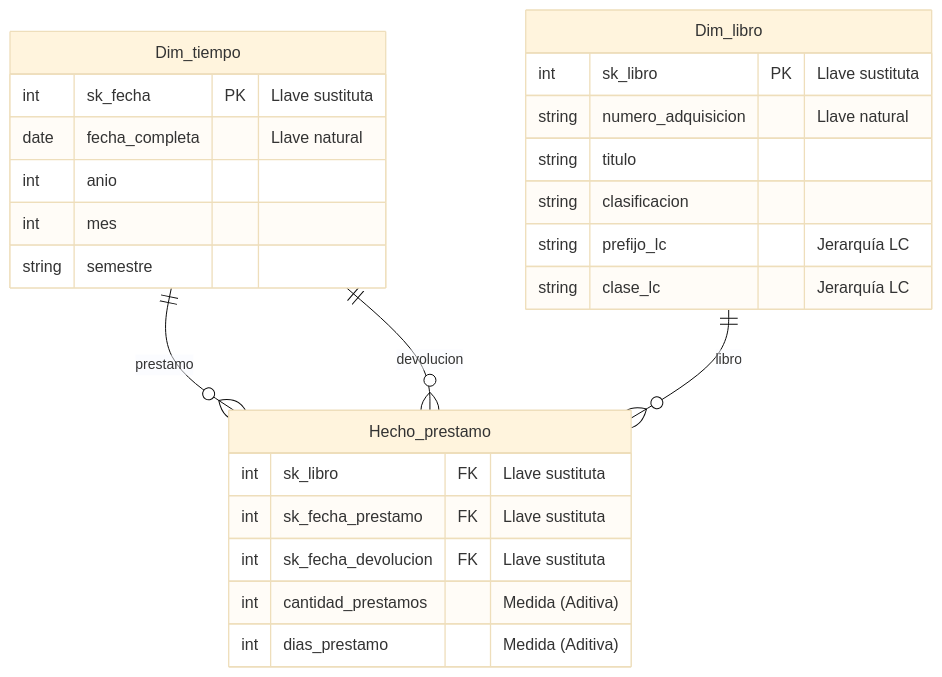
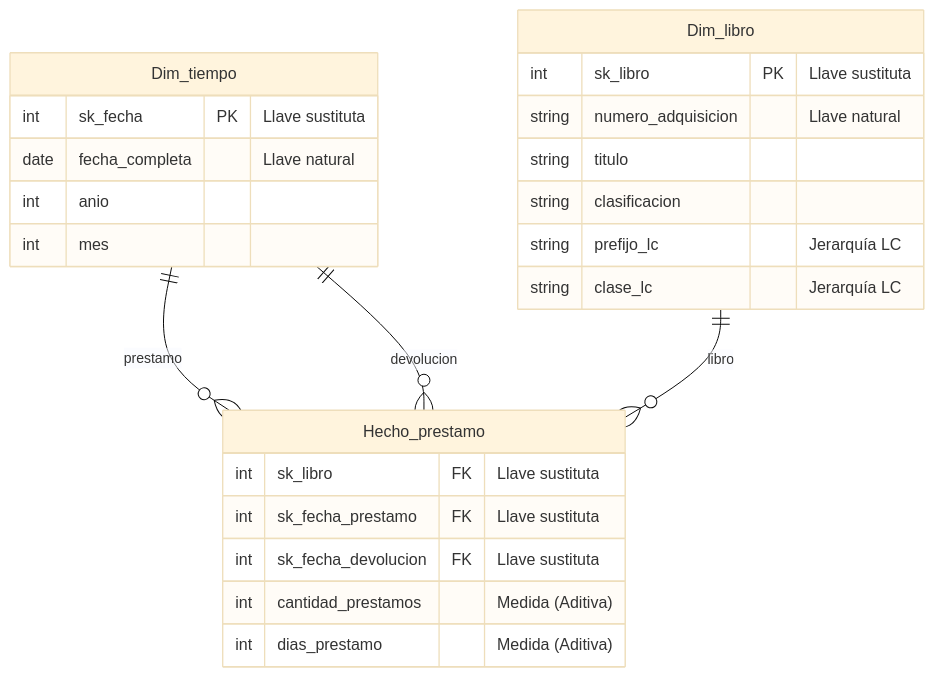
One commit to EmilianoLuna09099/ProyectoAyMD changed the diagram in entregas/E1_arquitectura_dw/estrella.qmd. Above: the diagram before and after it, drawn with Mermaid (base theme). The commit also changed 10 other files, not shown here.

````diff
--- a/entregas/E1_arquitectura_dw/estrella.qmd
+++ b/entregas/E1_arquitectura_dw/estrella.qmd
@@ -44,32 +44,31 @@
 ```{mermaid}
 %%{init: {'er': {'layoutDirection': 'LR'}}}%%
 erDiagram
     Dim_tiempo ||--o{ Hecho_prestamo : prestamo
     Dim_tiempo ||--o{ Hecho_prestamo : devolucion
     Dim_libro ||--o{ Hecho_prestamo : libro
 
     Dim_libro {
         int sk_libro PK "Llave sustituta"
         string numero_adquisicion "Llave natural"
         string titulo
         string clasificacion
         string prefijo_lc "Jerarquía LC"
         string clase_lc "Jerarquía LC"
     }
 
     Hecho_prestamo {
         int sk_libro FK "Llave sustituta"
         int sk_fecha_prestamo FK "Llave sustituta"
         int sk_fecha_devolucion FK "Llave sustituta"
         int cantidad_prestamos "Medida (Aditiva)"
         int dias_prestamo "Medida (Aditiva)"
     }
 
     Dim_tiempo {
         int sk_fecha PK "Llave sustituta"
         date fecha_completa "Llave natural"
         int anio
         int mes
-        string semestre
     }
 ```
````
